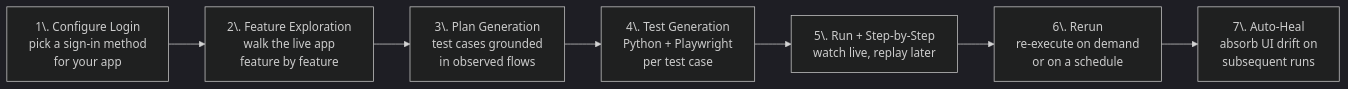
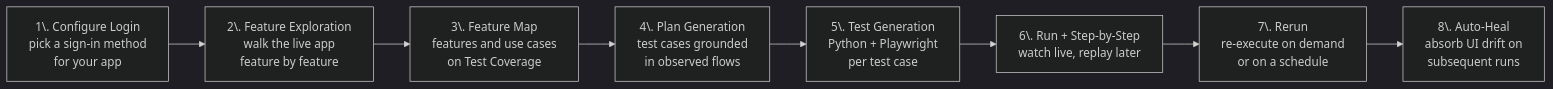
Before and after one commit to TestSprite/Docs: the diagram in web-portal/core/ui/ui-testing.mdx, drawn with Mermaid (dark theme). The commit also changed other lines of this file and 51 other files, not shown here.

````diff
--- a/web-portal/core/ui/ui-testing.mdx
+++ b/web-portal/core/ui/ui-testing.mdx
@@ -35,12 +29,13 @@
 ```mermaid
 flowchart LR
     Z[1\. Configure Login<br/>pick a sign-in method<br/>for your app]
     A[2\. Feature Exploration<br/>walk the live app<br/>feature by feature]
-    B[3\. Plan Generation<br/>test cases grounded<br/>in observed flows]
-    C[4\. Test Generation<br/>Python + Playwright<br/>per test case]
-    D[5\. Run + Step-by-Step<br/>watch live, replay later]
-    E[6\. Rerun<br/>re-execute on demand<br/>or on a schedule]
-    F[7\. Auto-Heal<br/>absorb UI drift on<br/>subsequent runs]
+    M[3\. Feature Map<br/>features and use cases<br/>on Test Coverage]
+    B[4\. Plan Generation<br/>test cases grounded<br/>in observed flows]
+    C[5\. Test Generation<br/>Python + Playwright<br/>per test case]
+    D[6\. Run + Step-by-Step<br/>watch live, replay later]
+    E[7\. Rerun<br/>re-execute on demand<br/>or on a schedule]
+    F[8\. Auto-Heal<br/>absorb UI drift on<br/>subsequent runs]
 
-    Z --> A --> B --> C --> D --> E --> F
+    Z --> A --> M --> B --> C --> D --> E --> F
 ```
````
